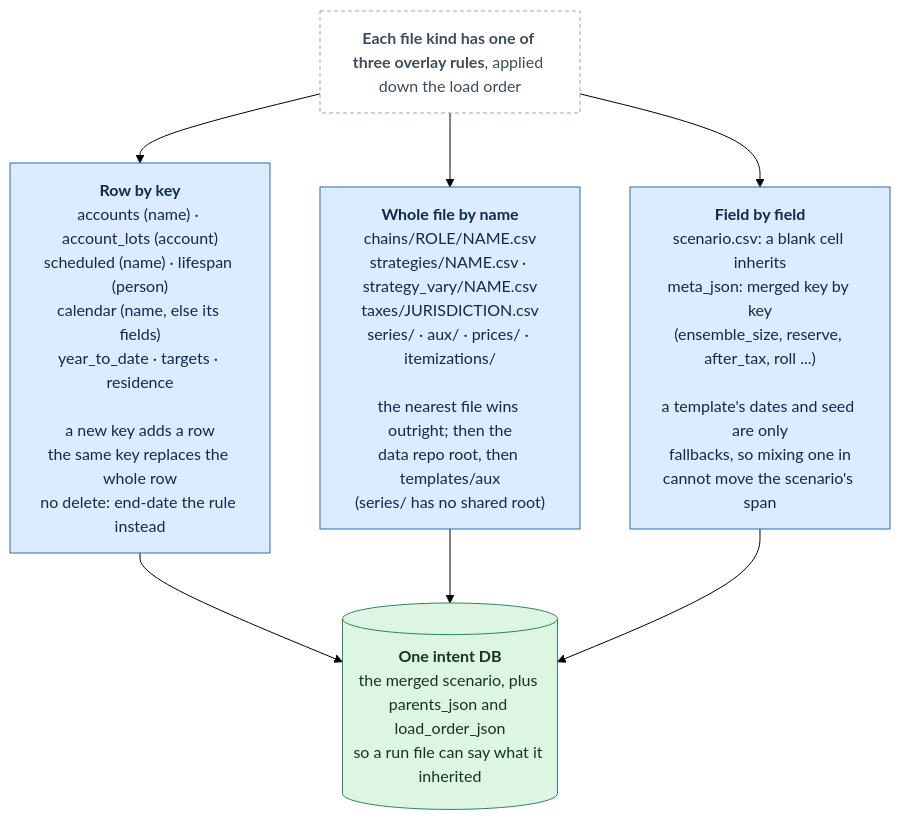
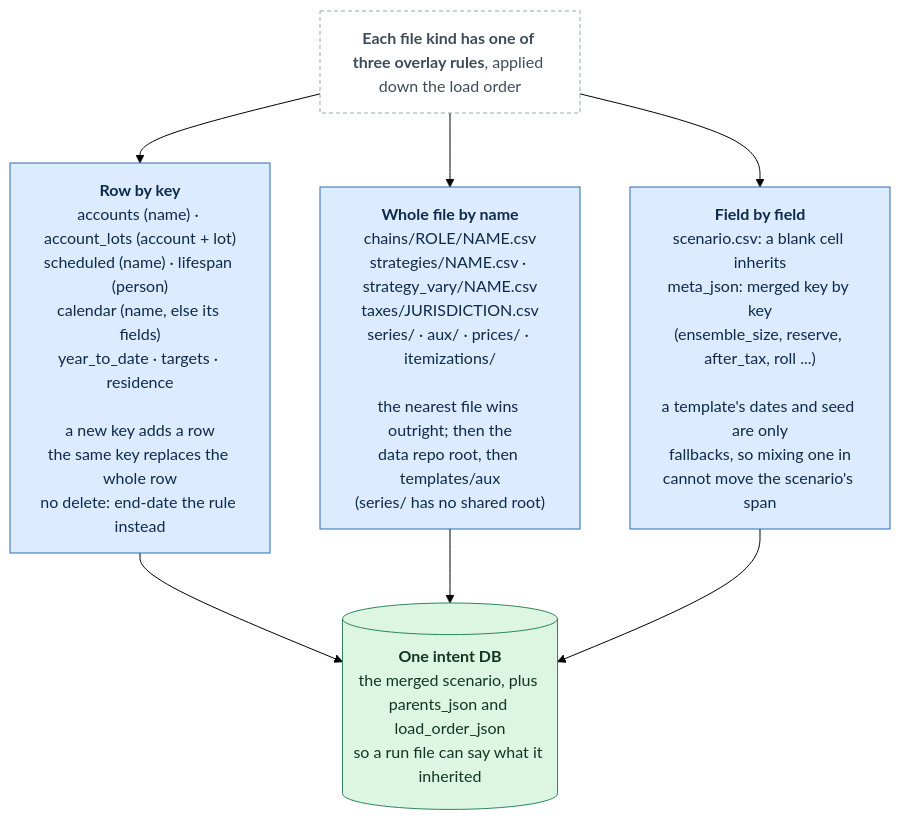
Diagram 12 of 13 in docs/architecture/README.md (BobKerns/analysis), drawn with Mermaid (forest theme) before and after one commit. The commit also changed other lines of this file, not shown here.

First line of the commit message:
Architecture README: inputs, ensemble batches, file tables, a worked merge

````diff
--- a/docs/architecture/README.md
+++ b/docs/architecture/README.md
@@ -464,19 +581,19 @@
 ```mermaid
 flowchart TB
   top["<b>Each file kind has one of three overlay rules</b>, applied down the load order"]:::note
-  rows["<b>Row by key</b><br/>accounts (name) · account_lots (account)<br/>scheduled (name) · lifespan (person)<br/>calendar (name, else its fields)<br/>year_to_date · targets · residence<br/><br/>a new key adds a row<br/>the same key replaces the whole row<br/>no delete: end-date the rule instead"]
+  rows["<b>Row by key</b><br/>accounts (name) · account_lots (account + lot)<br/>scheduled (name) · lifespan (person)<br/>calendar (name, else its fields)<br/>year_to_date · targets · residence<br/><br/>a new key adds a row<br/>the same key replaces the whole row<br/>no delete: end-date the rule instead"]
   whole["<b>Whole file by name</b><br/>chains/ROLE/NAME.csv<br/>strategies/NAME.csv · strategy_vary/NAME.csv<br/>taxes/JURISDICTION.csv<br/>series/ · aux/ · prices/ · itemizations/<br/><br/>the nearest file wins outright; then the<br/>data repo root, then templates/aux<br/>(series/ has no shared root)"]
   fields["<b>Field by field</b><br/>scenario.csv: a blank cell inherits<br/>meta_json: merged key by key<br/>(ensemble_size, reserve, after_tax, roll ...)<br/><br/>a template's dates and seed are only<br/>fallbacks, so mixing one in<br/>cannot move the scenario's span"]
   out[("<b>One intent DB</b><br/>the merged scenario, plus parents_json and load_order_json<br/>so a run file can say what it inherited")]
   top --> rows --> out
   top --> whole --> out
   top --> fields --> out
   class rows,whole,fields proc
   class out store
   classDef input fill:#FFF4D6,stroke:#B8860B,color:#3b2f00
   classDef code fill:#EDE3FF,stroke:#6B46C1,color:#2a1a55
   classDef proc fill:#DCEBFF,stroke:#2B6CB0,color:#0f2a4a
   classDef store fill:#DDF5E3,stroke:#2F855A,color:#123524
   classDef out fill:#F1F3F5,stroke:#5F6B7A,color:#1f2933
   classDef note fill:#ffffff,stroke:#9aa5b1,color:#3e4c59,stroke-dasharray:4 3
 ```
````
